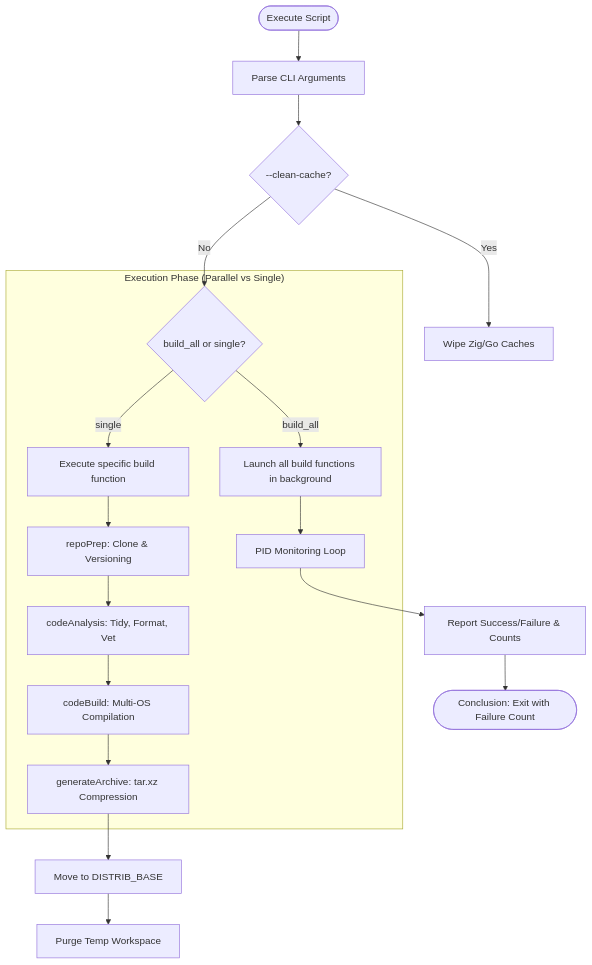
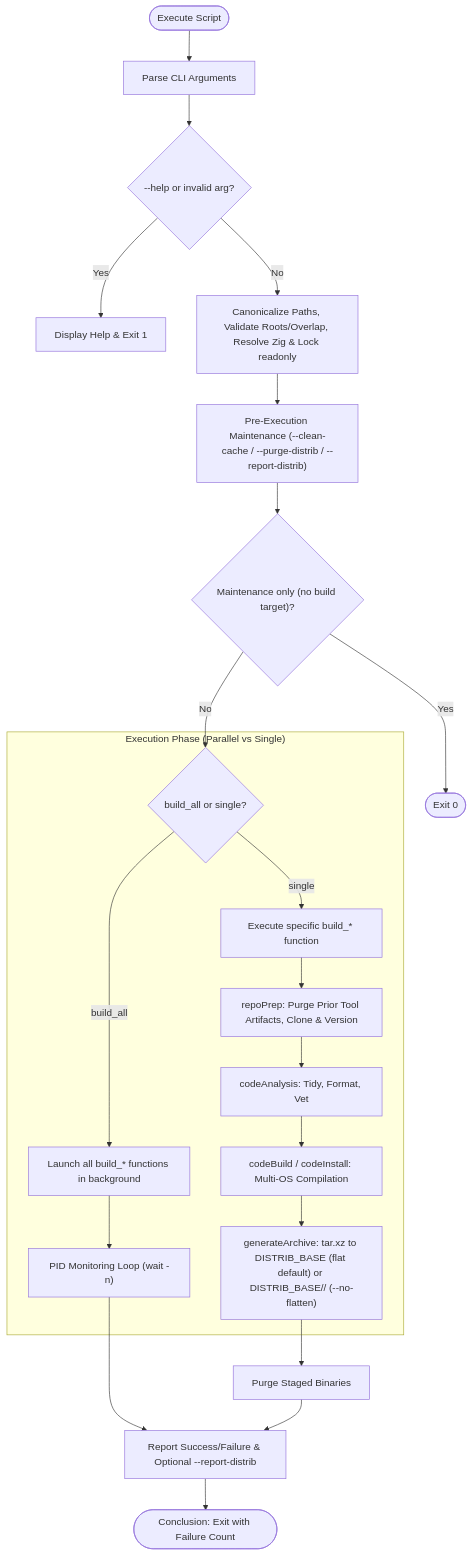
One commit to edsilegxrepo/devops changed the diagram in build_tasks/gobuild_code-analyzers_README.md. Above: the diagram before and after it, drawn with Mermaid. The commit also changed other lines of this file and 1 other file, not shown here.

Commit message:
feat(gobuild): default flat distrib, configurable base/zig paths, hardening, and -buildvcs=false

````diff
--- a/build_tasks/gobuild_code-analyzers_README.md
+++ b/build_tasks/gobuild_code-analyzers_README.md
@@ -54,25 +54,29 @@
 ```mermaid
 graph TD
-    Start([Execute Script]) --> ParseArgs[Parse CLI Arguments]
-    ParseArgs --> Clean{--clean-cache?}
-    Clean -- Yes --> Wipe[Wipe Zig/Go Caches]
-    Clean -- No --> ActionType
+    Start(["Execute Script"]) --> ParseArgs["Parse CLI Arguments"]
+    ParseArgs --> HelpCheck{"--help or invalid arg?"}
+    HelpCheck -- Yes --> ShowHelp["Display Help & Exit 1"]
+    HelpCheck -- No --> Validate["Canonicalize Paths, Validate Roots/Overlap, Resolve Zig & Lock readonly"]
+    Validate --> Maint["Pre-Execution Maintenance (--clean-cache / --purge-distrib / --report-distrib)"]
+    Maint --> MaintOnly{"Maintenance only (no build target)?"}
+    MaintOnly -- Yes --> ExitMaint(["Exit 0"])
+    MaintOnly -- No --> ActionType
 
     subgraph ExecutionPhase ["Execution Phase (Parallel vs Single)"]
-        ActionType{build_all or single?}
-        ActionType -- build_all --> LaunchAll[Launch all build functions in background]
-        ActionType -- single --> LaunchOne[Execute specific build function]
+        ActionType{"build_all or single?"}
+        ActionType -- build_all --> LaunchAll["Launch all build_* functions in background"]
+        ActionType -- single --> LaunchOne["Execute specific build_* function"]
         
-        LaunchAll --> Monitor[PID Monitoring Loop]
-        LaunchOne --> RepoPrep[repoPrep: Clone & Versioning]
+        LaunchAll --> Monitor["PID Monitoring Loop (wait -n)"]
+        LaunchOne --> RepoPrep["repoPrep: Purge Prior Tool Artifacts, Clone & Version"]
         
-        RepoPrep --> Analysis[codeAnalysis: Tidy, Format, Vet]
-        Analysis --> Compile[codeBuild: Multi-OS Compilation]
-        Compile --> Archive[generateArchive: tar.xz Compression]
+        RepoPrep --> Analysis["codeAnalysis: Tidy, Format, Vet"]
+        Analysis --> Compile["codeBuild / codeInstall: Multi-OS Compilation"]
+        Compile --> Archive["generateArchive: tar.xz to DISTRIB_BASE (flat default) or DISTRIB_BASE/<tool>/ (--no-flatten)"]
     end
 
-    Archive --> Move[Move to DISTRIB_BASE]
-    Move --> Cleanup[Purge Temp Workspace]
-    Monitor --> Results[Report Success/Failure & Counts]
-    Results --> End([Conclusion: Exit with Failure Count])
+    Archive --> Cleanup["Purge Staged Binaries"]
+    Monitor --> Results["Report Success/Failure & Optional --report-distrib"]
+    Cleanup --> Results
+    Results --> End(["Conclusion: Exit with Failure Count"])
 ```
````
